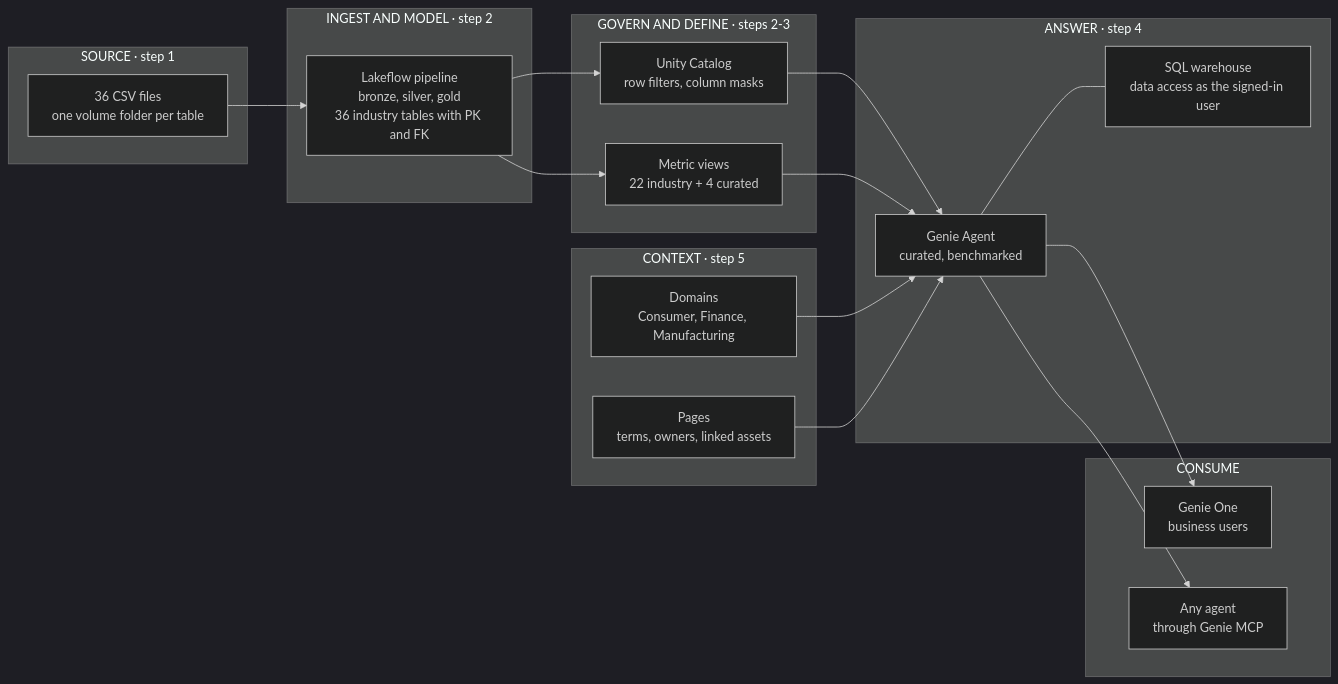
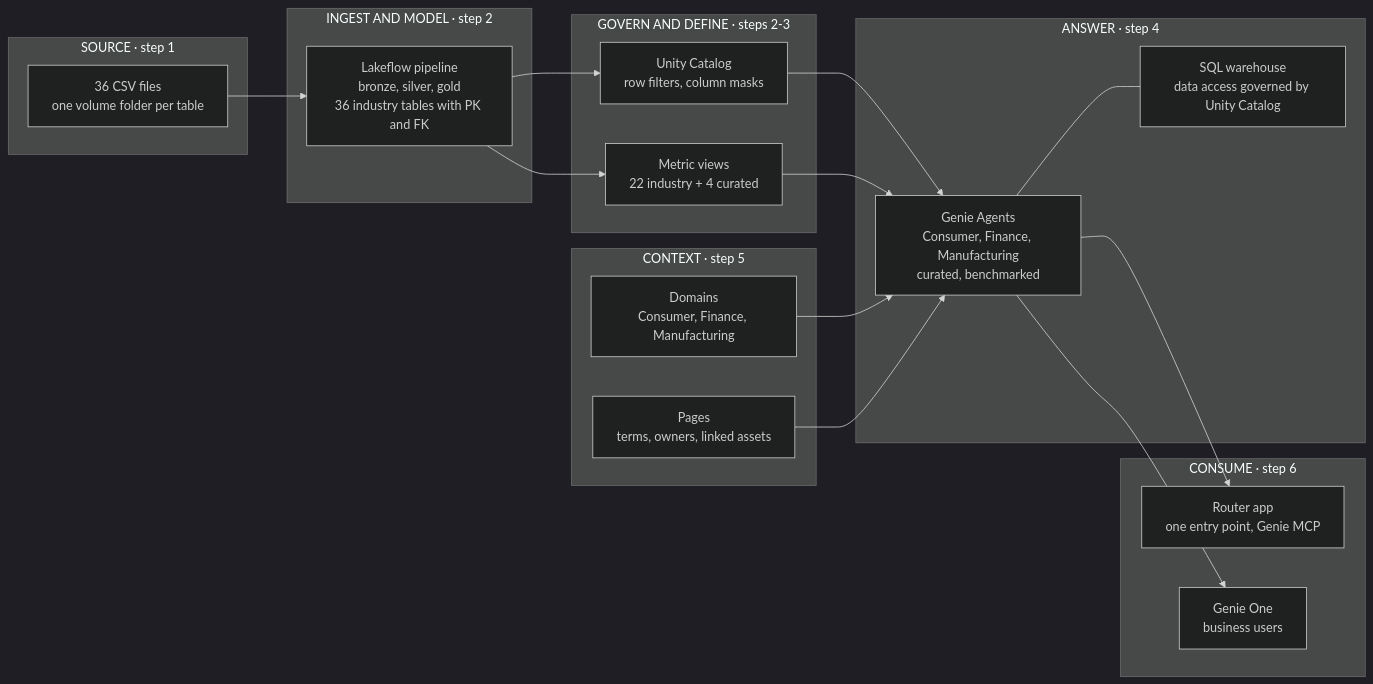
One commit to dediggibyte/genie_bootcamp changed the second of 4 diagrams in README.md. Above: the diagram before and after it, drawn with Mermaid (dark theme). The commit also changed other lines of this file and 39 other files, not shown here.

````diff
--- a/README.md
+++ b/README.md
@@ -59,35 +60,35 @@
 ```mermaid
 flowchart LR
     subgraph S1["SOURCE · step 1"]
         CSV["36 CSV files<br/>one volume folder per table"]
     end
     subgraph S2["INGEST AND MODEL · step 2"]
         PIPE["Lakeflow pipeline<br/>bronze, silver, gold<br/>36 industry tables with PK and FK"]
     end
     subgraph S3["GOVERN AND DEFINE · steps 2-3"]
         UC["Unity Catalog<br/>row filters, column masks"]
         MV["Metric views<br/>22 industry + 4 curated"]
     end
     subgraph S5["CONTEXT · step 5"]
         DOM["Domains<br/>Consumer, Finance, Manufacturing"]
         PAGES["Pages<br/>terms, owners, linked assets"]
     end
     subgraph S4["ANSWER · step 4"]
-        AG["Genie Agent<br/>curated, benchmarked"]
-        WH["SQL warehouse<br/>data access as the signed-in user"]
+        AG["Genie Agents<br/>Consumer, Finance, Manufacturing<br/>curated, benchmarked"]
+        WH["SQL warehouse<br/>data access governed by Unity Catalog"]
     end
-    subgraph CON["CONSUME"]
+    subgraph CON["CONSUME · step 6"]
+        RT["Router app<br/>one entry point, Genie MCP"]
         G1["Genie One<br/>business users"]
-        ANY["Any agent<br/>through Genie MCP"]
     end
     CSV --> PIPE
     PIPE --> UC
     PIPE --> MV
     UC --> AG
     MV --> AG
     DOM --> AG
     PAGES --> AG
     AG --- WH
+    AG --> RT
     AG --> G1
-    AG --> ANY
 ```
````
